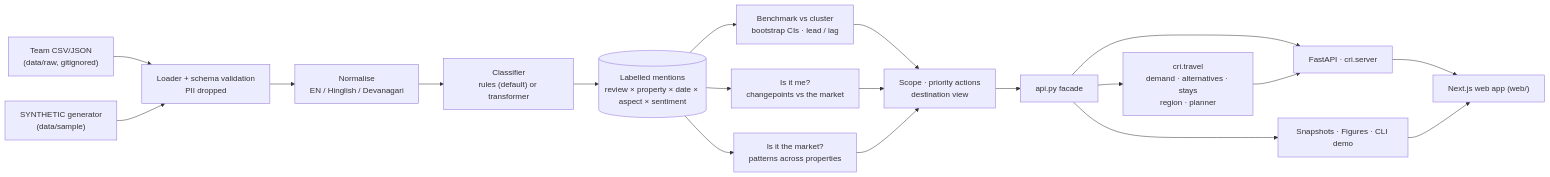
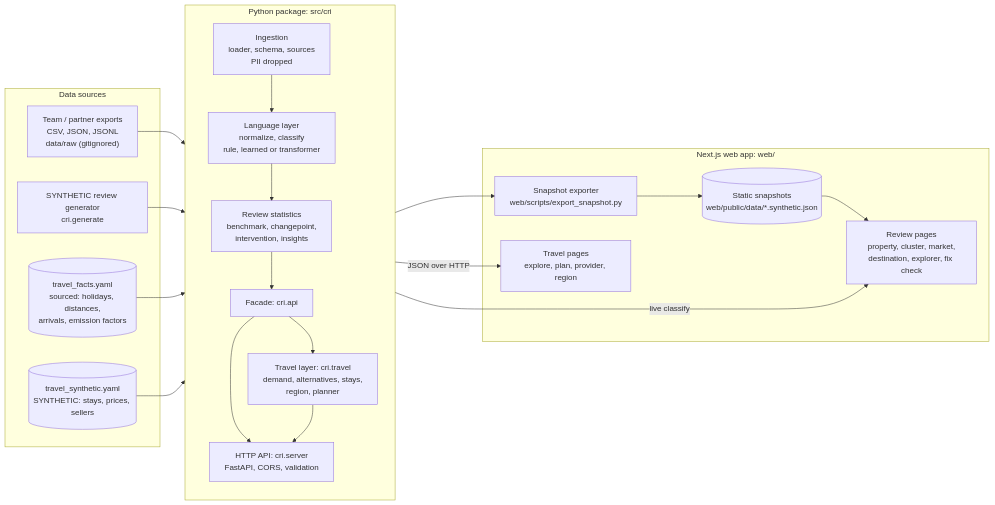
Before and after one commit to AnubhavKiroula/cluster-review-intelligence: the first of 14 diagrams in README.md, drawn with Mermaid. The commit also changed other lines of this file, not shown here.

First line of the commit message:
docs(readme): restructure into a professional reference with diagrams

````diff
--- a/README.md
+++ b/README.md
@@ -87,21 +125,39 @@
 ```mermaid
 flowchart LR
-    RAW["Team CSV/JSON<br/>(data/raw, gitignored)"] --> LD
-    SYN["SYNTHETIC generator<br/>(data/sample)"] --> LD
-    LD["Loader + schema validation<br/>PII dropped"] --> NR["Normalise<br/>EN / Hinglish / Devanagari"]
-    NR --> CL["Classifier<br/>rules (default) or transformer"]
-    CL --> LAB[("Labelled mentions<br/>review × property × date × aspect × sentiment")]
-    LAB --> BM["Benchmark vs cluster<br/>bootstrap CIs · lead / lag"]
-    LAB --> ME["Is it me?<br/>changepoints vs the market"]
-    LAB --> MK["Is it the market?<br/>patterns across properties"]
-    BM --> IN["Scope · priority actions<br/>destination view"]
-    ME --> IN
-    MK --> IN
-    IN --> API["api.py facade"]
-    API --> SRV["FastAPI · cri.server"]
-    TRV["cri.travel<br/>demand · alternatives · stays<br/>region · planner"] --> SRV
-    API --> TRV
-    SRV --> WEB["Next.js web app (web/)"]
-    API --> OUT["Snapshots · Figures · CLI demo"]
-    OUT --> WEB
+    subgraph Sources["Data sources"]
+        RAW["Team / partner exports<br/>CSV, JSON, JSONL<br/>data/raw (gitignored)"]
+        SYN["SYNTHETIC review generator<br/>cri.generate"]
+        FACTS[("travel_facts.yaml<br/>sourced: holidays, distances,<br/>arrivals, emission factors")]
+        TSYN[("travel_synthetic.yaml<br/>SYNTHETIC: stays, prices, sellers")]
+    end
+
+    subgraph Core["Python package: src/cri"]
+        direction TB
+        ING["Ingestion<br/>loader, schema, sources<br/>PII dropped"]
+        NLP["Language layer<br/>normalize, classify<br/>rule, learned or transformer"]
+        STAT["Review statistics<br/>benchmark, changepoint,<br/>intervention, insights"]
+        API["Facade: cri.api"]
+        TRV["Travel layer: cri.travel<br/>demand, alternatives, stays,<br/>region, planner"]
+        SRV["HTTP API: cri.server<br/>FastAPI, CORS, validation"]
+        ING --> NLP --> STAT --> API
+        API --> TRV
+        API --> SRV
+        TRV --> SRV
+    end
+
+    subgraph Web["Next.js web app: web/"]
+        EXP["Snapshot exporter<br/>web/scripts/export_snapshot.py"]
+        SNAP[("Static snapshots<br/>web/public/data/*.synthetic.json")]
+        G5["Review pages<br/>property, cluster, market,<br/>destination, explorer, fix check"]
+        TP["Travel pages<br/>explore, plan, provider, region"]
+        EXP --> SNAP --> G5
+    end
+
+    RAW --> ING
+    SYN --> ING
+    FACTS --> TRV
+    TSYN --> TRV
+    API --> EXP
+    SRV -- "live classify" --> G5
+    SRV -- "JSON over HTTP" --> TP
 ```
````
